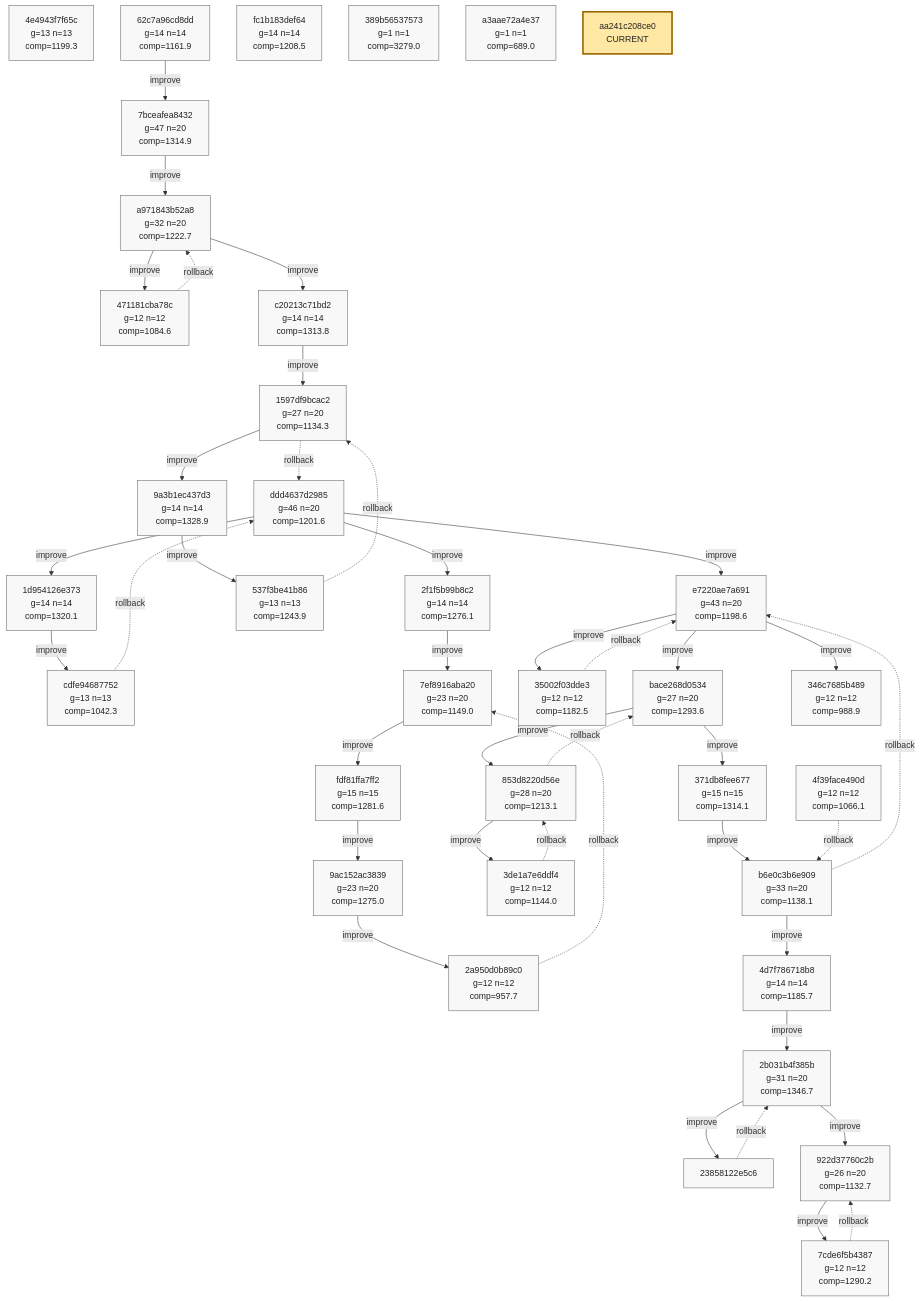
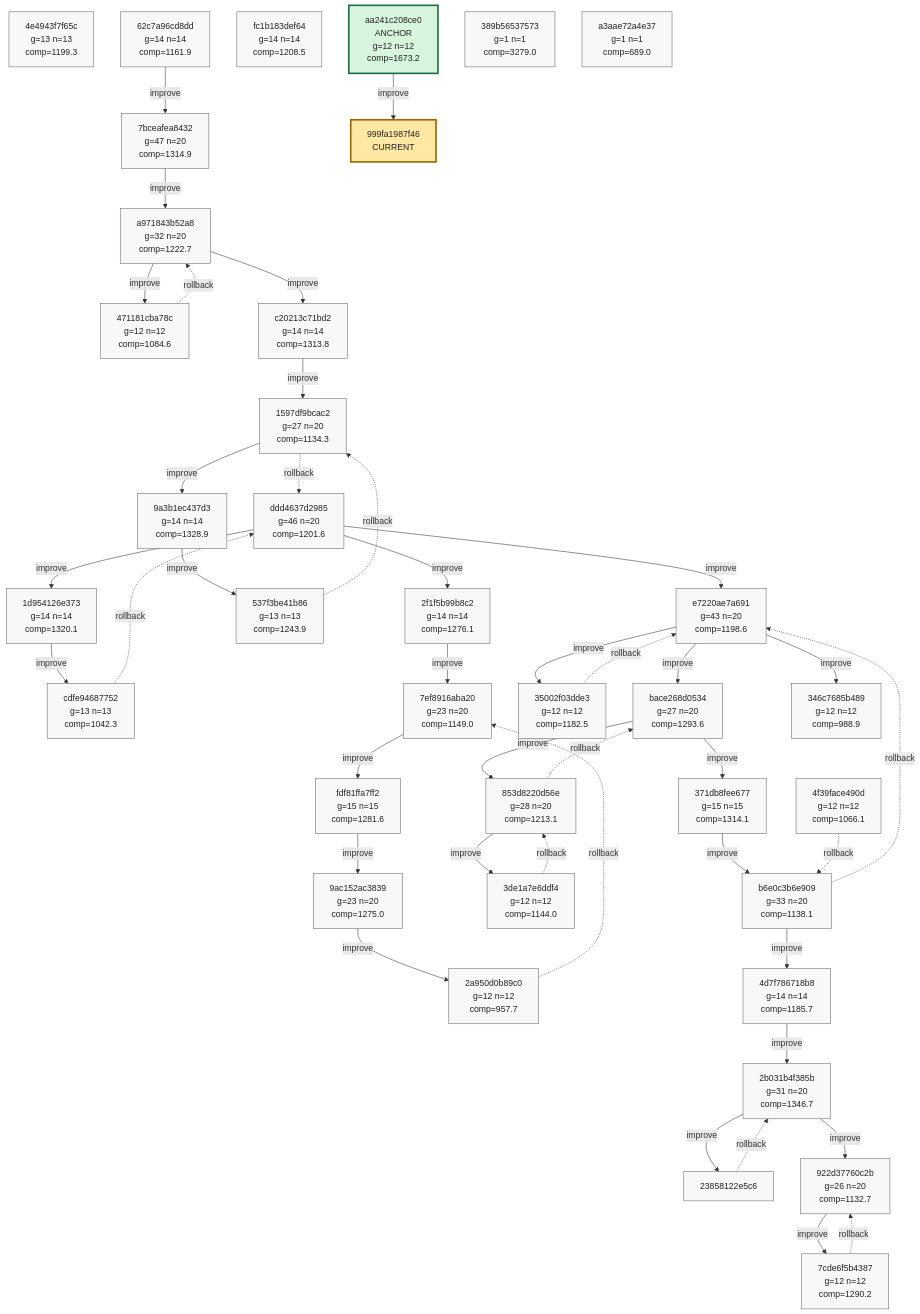
The ninth of 9 diagrams in phyrogenetic-tree.md (azumag/soviet_now), drawn with Mermaid before and after one commit. The commit also changed other lines of this file and 2 other files, not shown here.

Commit message:
eloop Improve after 12 games (scores: 1349 1377 943 1998 2099 2414 1553 1774 1540 1821 2260 1804)

````diff
--- a/phyrogenetic-tree.md
+++ b/phyrogenetic-tree.md
@@ -2276,9 +2272,10 @@
     h_fc1b183def64["fc1b183def64<br/>g=14 n=14<br/>comp=1208.5"]
     h_4f39face490d["4f39face490d<br/>g=12 n=12<br/>comp=1066.1"]
     h_346c7685b489["346c7685b489<br/>g=12 n=12<br/>comp=988.9"]
+    h_aa241c208ce0["aa241c208ce0<br/>ANCHOR<br/>g=12 n=12<br/>comp=1673.2"]
     h_389b56537573["389b56537573<br/>g=1 n=1<br/>comp=3279.0"]
     h_a3aae72a4e37["a3aae72a4e37<br/>g=1 n=1<br/>comp=689.0"]
-    h_aa241c208ce0["aa241c208ce0<br/>CURRENT"]
+    h_999fa1987f46["999fa1987f46<br/>CURRENT"]
 
     h_ddd4637d2985 -->|improve| h_1d954126e373
     h_1d954126e373 -->|improve| h_cdfe94687752
@@ -2319,6 +2316,7 @@
     h_4f39face490d -. rollback .-> h_b6e0c3b6e909
     h_b6e0c3b6e909 -. rollback .-> h_e7220ae7a691
     h_e7220ae7a691 -->|improve| h_346c7685b489
+    h_aa241c208ce0 -->|improve| h_999fa1987f46
 
     classDef plain fill:#f8f8f8,stroke:#666,stroke-width:1px,color:#222;
     classDef current fill:#ffe8a3,stroke:#9a6700,stroke-width:3px,color:#222;
@@ -2357,7 +2355,8 @@
     class h_fc1b183def64 plain;
     class h_4f39face490d plain;
     class h_346c7685b489 plain;
+    class h_aa241c208ce0 anchor;
     class h_389b56537573 plain;
     class h_a3aae72a4e37 plain;
-    class h_aa241c208ce0 current;
+    class h_999fa1987f46 current;
 ```
````
